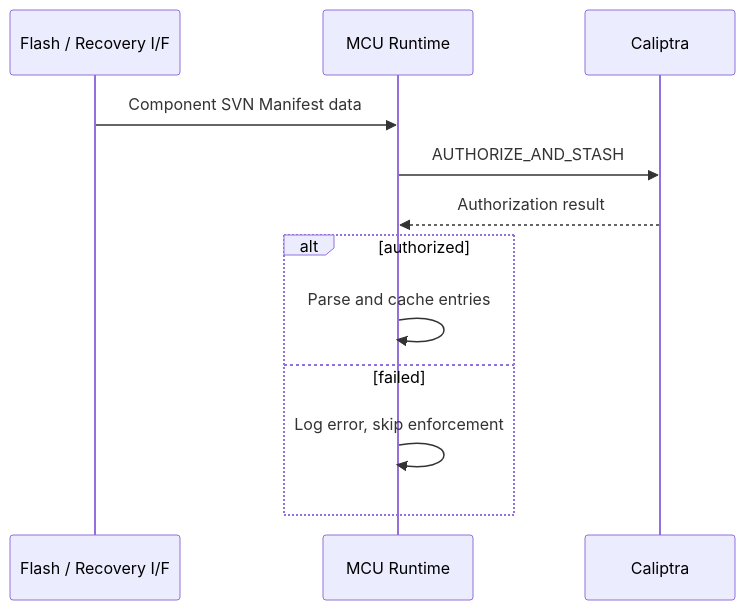
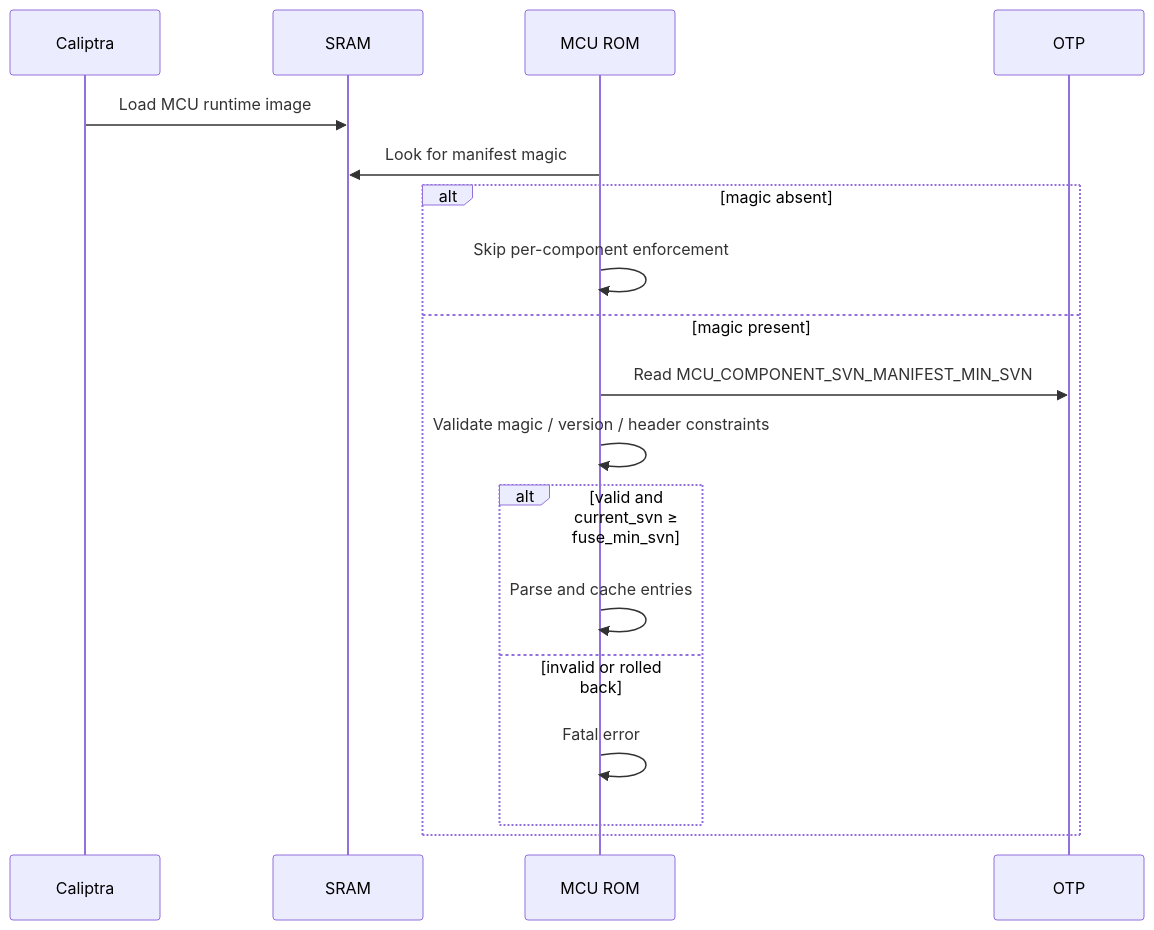
Before and after one commit to chipsalliance/caliptra-mcu-sw: the first of 2 diagrams in docs/src/svn.md, drawn with Mermaid. The commit also changed other lines of this file, not shown here.

Commit message:
docs(svn): manifest is embedded in MCU runtime image, not a separate SoC image

````diff
--- a/docs/src/svn.md
+++ b/docs/src/svn.md
@@ -231,15 +230,21 @@
 ```mermaid
 sequenceDiagram
-    participant Source as Flash / Recovery I/F
-    participant MCU as MCU Runtime
     participant Caliptra
+    participant SRAM
+    participant ROM as MCU ROM
+    participant OTP
 
-    Source->>MCU: Component SVN Manifest data
-    MCU->>Caliptra: AUTHORIZE_AND_STASH
-    Caliptra-->>MCU: Authorization result
-    alt authorized
-        MCU->>MCU: Parse and cache entries
-    else failed
-        MCU->>MCU: Log error, skip enforcement
+    Caliptra->>SRAM: Load MCU runtime image
+    ROM->>SRAM: Look for manifest magic
+    alt magic absent
+        ROM->>ROM: Skip per-component enforcement
+    else magic present
+        ROM->>OTP: Read MCU_COMPONENT_SVN_MANIFEST_MIN_SVN
+        ROM->>ROM: Validate magic / version / header constraints
+        alt valid and current_svn ≥ fuse_min_svn
+            ROM->>ROM: Parse and cache entries
+        else invalid or rolled back
+            ROM->>ROM: Fatal error
+        end
     end
 ```
````
